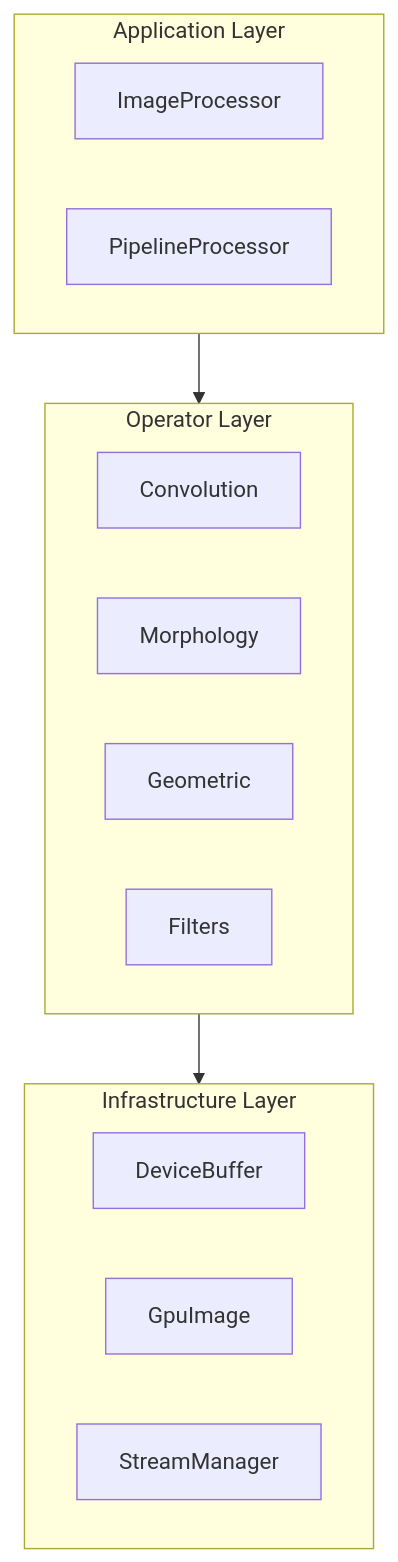
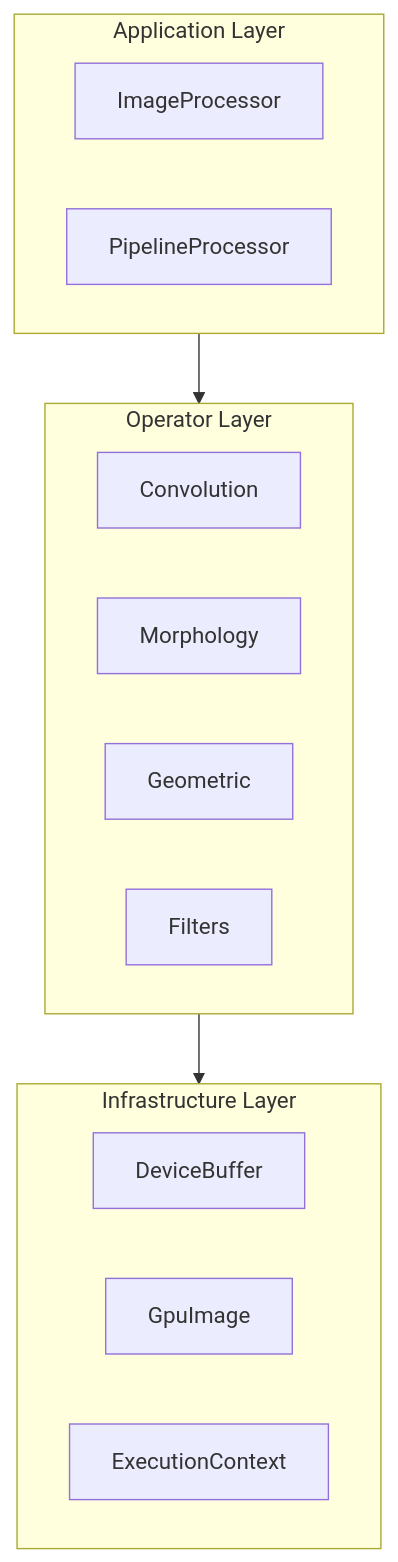
One commit to vibe-knight/cudaimg changed the second of 4 diagrams in docs/zh/whitepaper/overview.md. Above: the diagram before and after it, drawn with Mermaid. The commit also changed other lines of this file and 87 other files, not shown here.

````diff
--- a/docs/zh/whitepaper/overview.md
+++ b/docs/zh/whitepaper/overview.md
@@ -46,23 +46,23 @@
 ```mermaid
 flowchart TB
     subgraph Application["Application Layer"]
         A1[ImageProcessor]
         A2[PipelineProcessor]
     end
     
     subgraph Operator["Operator Layer"]
         O1[Convolution]
         O2[Morphology]
         O3[Geometric]
         O4[Filters]
     end
     
     subgraph Infrastructure["Infrastructure Layer"]
         I1[DeviceBuffer]
         I2[GpuImage]
-        I3[StreamManager]
+        I3[ExecutionContext]
     end
     
     Application --> Operator
     Operator --> Infrastructure
 ```
````
